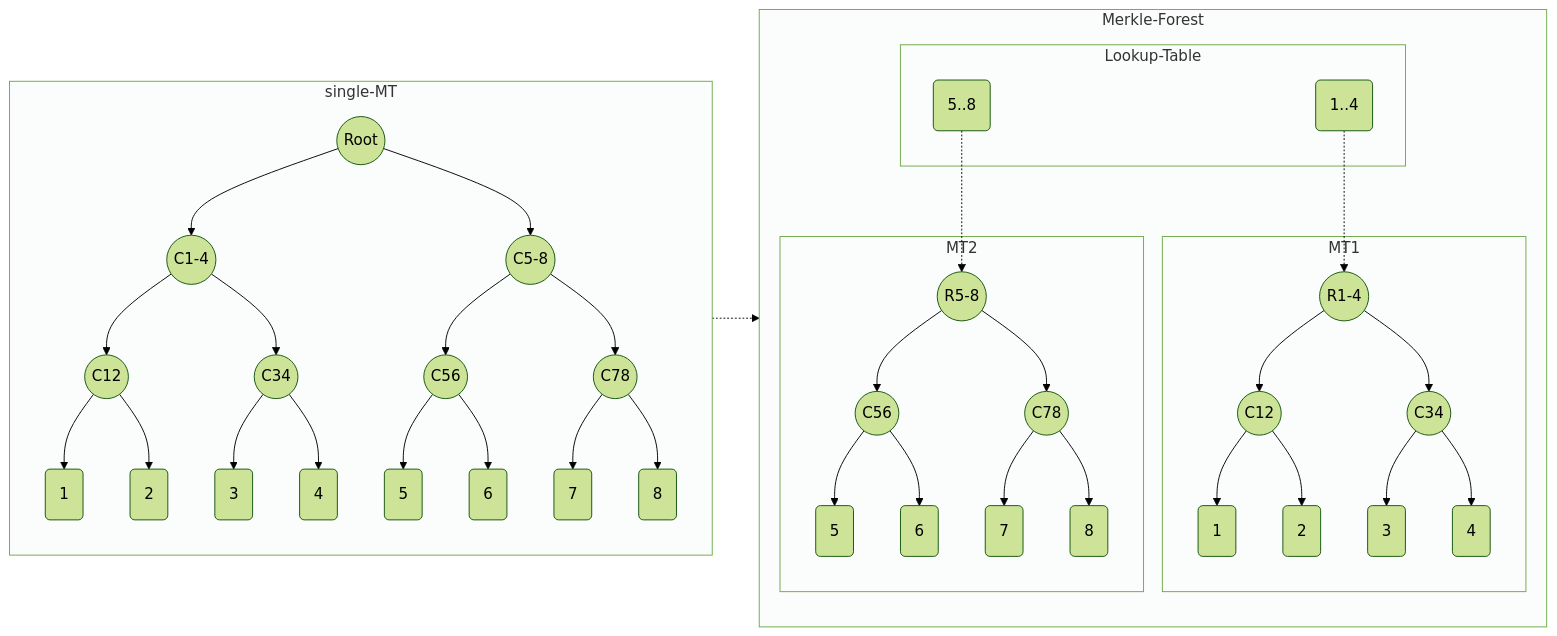
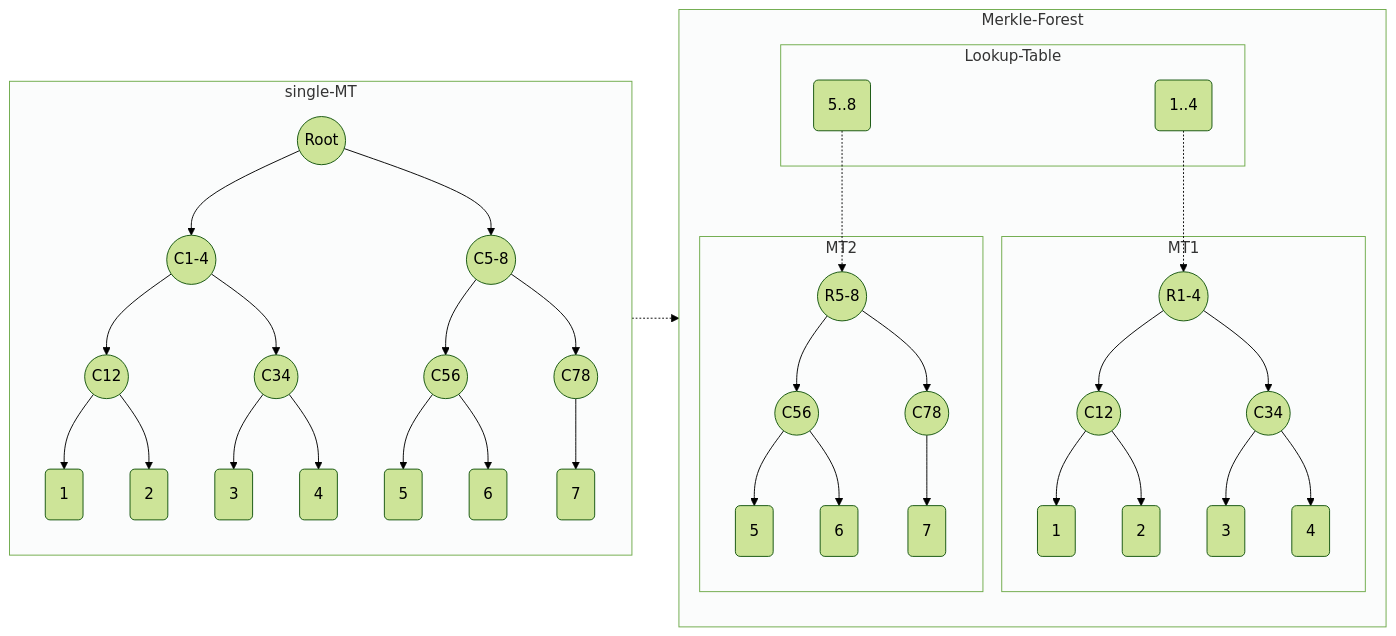
The diagram in README.md (Poseidon-ZKP/merkle-forest), drawn with Mermaid (forest theme) before and after one commit. The commit also changed other lines of this file, not shown here.

````diff
--- a/README.md
+++ b/README.md
@@ -32,41 +65,41 @@
 ```mermaid
     flowchart LR;
         style single-MT fill:#FBFCFC
         style Merkle-Forest fill:#FBFCFC
         style Lookup-Table fill:#FBFCFC
         style MT1 fill:#FBFCFC
         style MT2 fill:#FBFCFC
         subgraph single-MT
             R((Root))-->C1234 & C5678;
             C1234((C1-4)) --> C12((C12)) & C34((C34));
             C5678((C5-8)) --> C56((C56)) & C78((C78));
             C12-->L1(1) & L2(2)
             C34-->L3(3) & L4(4)
             C56-->L5(5) & L6(6)
-            C78-->L7(7) & L8(8)
+            C78-->L7(7)
         end
 
         subgraph Merkle-Forest
             subgraph Lookup-Table
                 LT1(1..4)
                 LT5(5..8)
             end
             LT1 -.-> FC1234;
             LT5 -.-> FC5678;
 
             subgraph MT1
                 FC1234((R1-4)) --> FC12((C12)) & FC34((C34));
                 FC12-->FL1(1) & FL2(2)
                 FC34-->FL3(3) & FL4(4)
             end
 
             subgraph MT2
                 FC5678((R5-8)) --> FC56((C56)) & FC78((C78));
                 FC56-->FL5(5) & FL6(6)
-                FC78-->FL7(7) & FL8(8)
+                FC78-->FL7(7)
             end
         end
 
         single-MT -.-> Merkle-Forest
 
 ```
````
